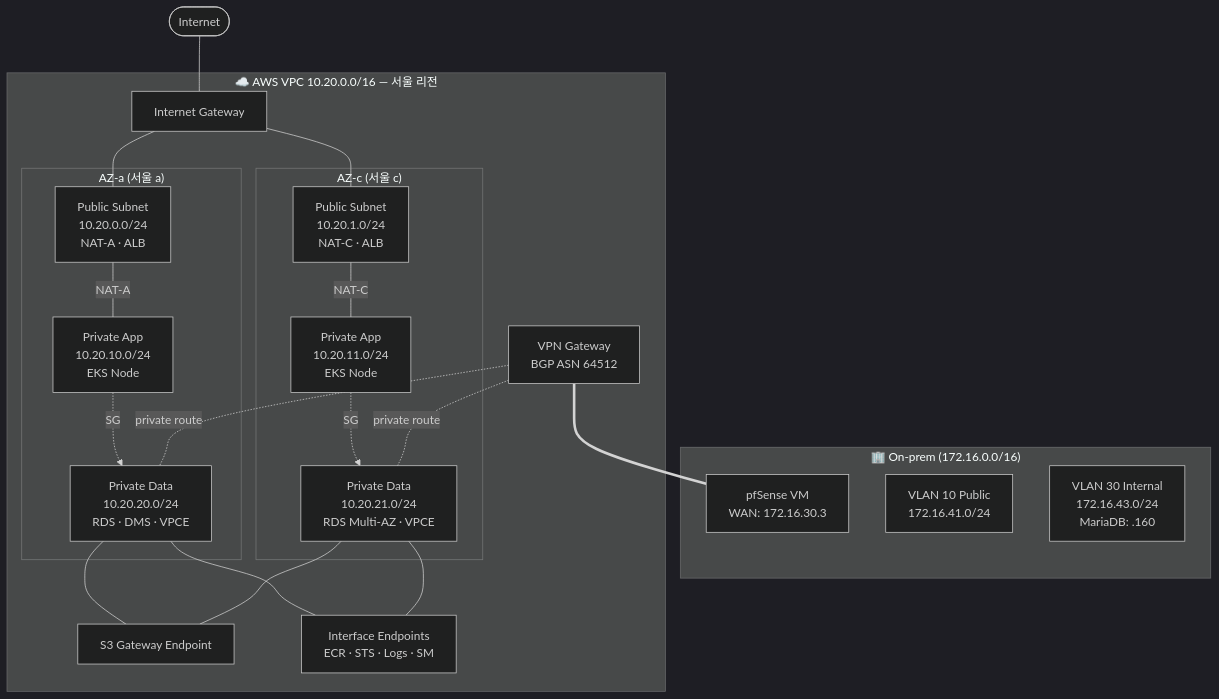
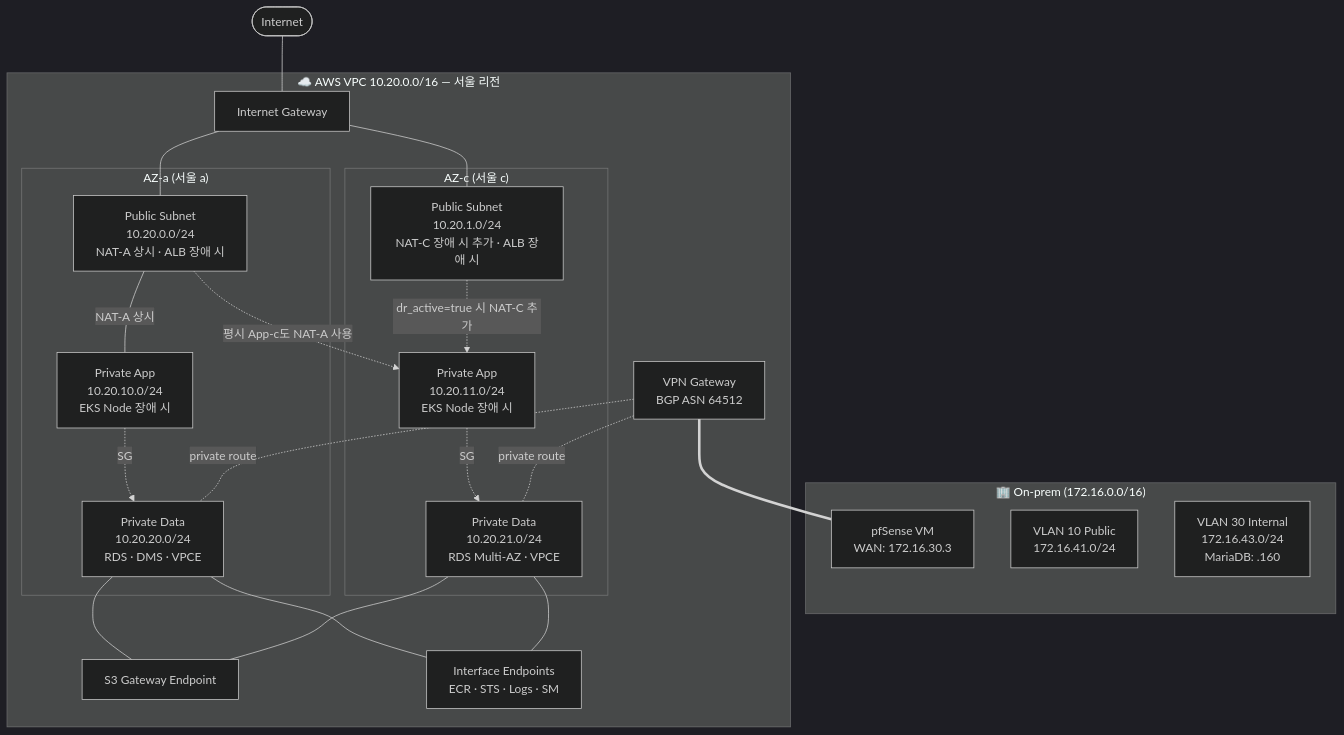
Before and after one commit to KOSA-Team-Snow/Docs: the first of 4 diagrams in aws/03-1-network-implementation-v2.md, drawn with Mermaid (dark theme). The commit also changed other lines of this file, not shown here.

````diff
--- a/aws/03-1-network-implementation-v2.md
+++ b/aws/03-1-network-implementation-v2.md
@@ -51,41 +53,42 @@
 ```mermaid
 flowchart TB
     subgraph OnPrem["🏢 On-prem (172.16.0.0/16)"]
         PFS[pfSense VM<br/>WAN: 172.16.30.3]
         VLAN10[VLAN 10 Public<br/>172.16.41.0/24]
         VLAN30[VLAN 30 Internal<br/>172.16.43.0/24<br/>MariaDB: .160]
     end
 
     subgraph AWS["☁️ AWS VPC 10.20.0.0/16 — 서울 리전"]
         IGW[Internet Gateway]
         VGW[VPN Gateway<br/>BGP ASN 64512]
 
         subgraph AZa["AZ-a (서울 a)"]
-            PubA[Public Subnet<br/>10.20.0.0/24<br/>NAT-A · ALB]
-            AppA[Private App<br/>10.20.10.0/24<br/>EKS Node]
+            PubA[Public Subnet<br/>10.20.0.0/24<br/>NAT-A 상시 · ALB 장애 시]
+            AppA[Private App<br/>10.20.10.0/24<br/>EKS Node 장애 시]
             DataA[Private Data<br/>10.20.20.0/24<br/>RDS · DMS · VPCE]
         end
 
         subgraph AZc["AZ-c (서울 c)"]
-            PubC[Public Subnet<br/>10.20.1.0/24<br/>NAT-C · ALB]
-            AppC[Private App<br/>10.20.11.0/24<br/>EKS Node]
+            PubC[Public Subnet<br/>10.20.1.0/24<br/>NAT-C 장애 시 추가 · ALB 장애 시]
+            AppC[Private App<br/>10.20.11.0/24<br/>EKS Node 장애 시]
             DataC[Private Data<br/>10.20.21.0/24<br/>RDS Multi-AZ · VPCE]
         end
 
         VPCE_S3[S3 Gateway Endpoint]
         VPCE_IF[Interface Endpoints<br/>ECR · STS · Logs · SM]
     end
 
     Internet([Internet])
 
     Internet --- IGW
     IGW --- PubA & PubC
-    PubA -- NAT-A --- AppA
-    PubC -- NAT-C --- AppC
+    PubA -- NAT-A 상시 --- AppA
+    PubA -. 평시 App-c도 NAT-A 사용 .-> AppC
+    PubC -. dr_active=true 시 NAT-C 추가 .-> AppC
     AppA -. SG .-> DataA
     AppC -. SG .-> DataC
     DataA --- VPCE_S3 & VPCE_IF
     DataC --- VPCE_S3 & VPCE_IF
     VGW === PFS
     VGW -. private route .- DataA & DataC
 ```
````
